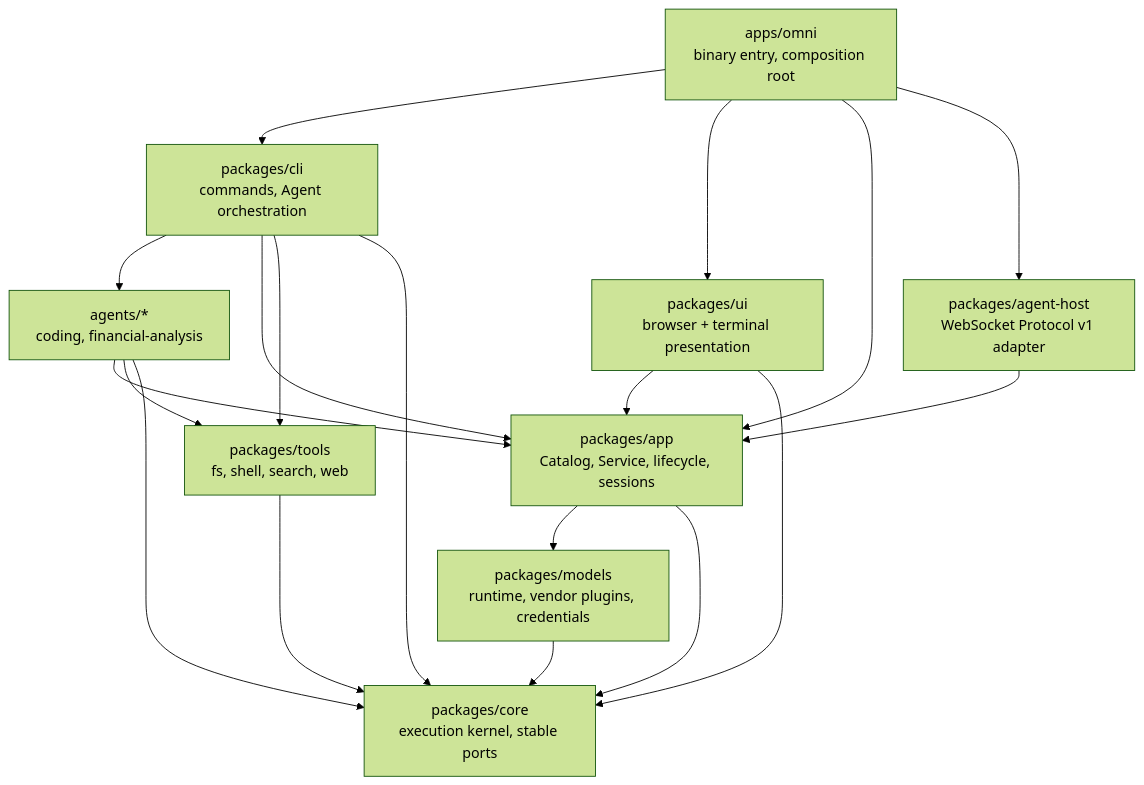
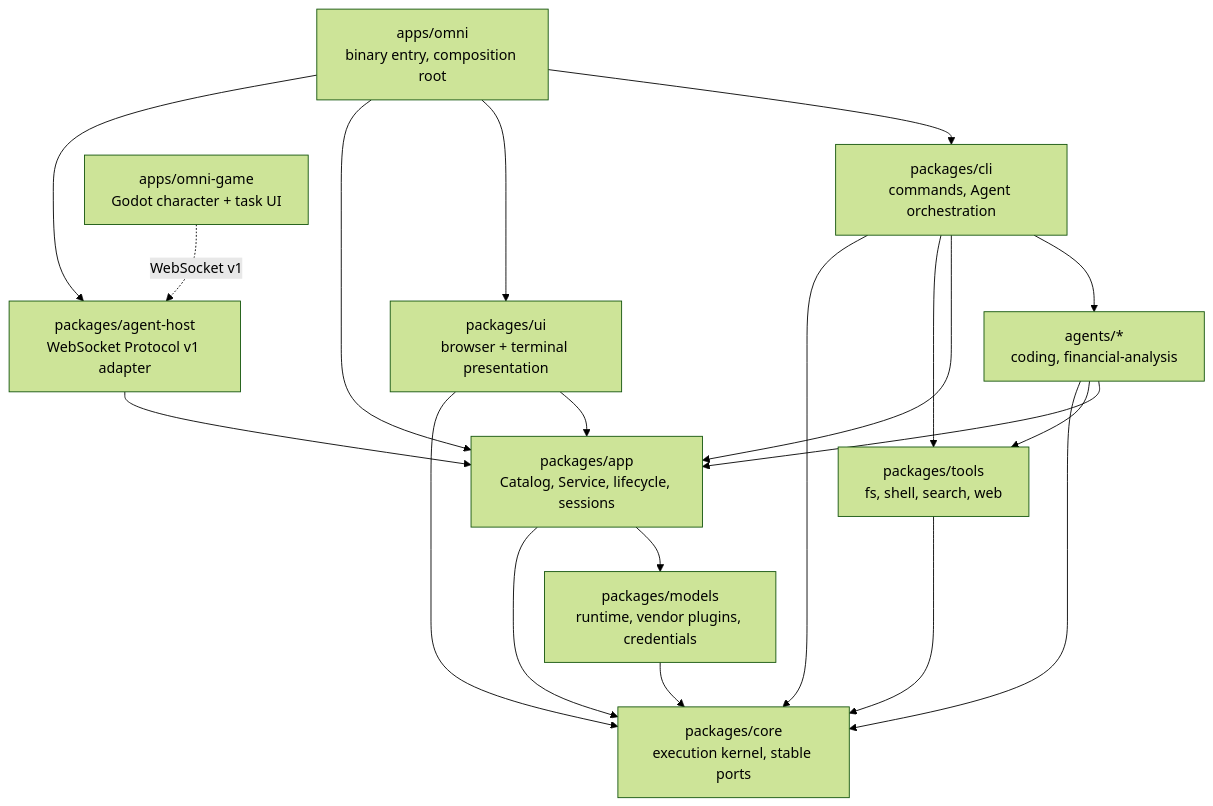
One commit to xdnloveme/omni-agent changed the diagram in README.md. Above: the diagram before and after it, drawn with Mermaid (forest theme). The commit also changed other lines of this file and 45 other files, not shown here.

Commit message:
feat(game): add Godot agent client graybox

````diff
--- a/README.md
+++ b/README.md
@@ -565,31 +570,33 @@
 ```mermaid
 graph TD
     HOST["apps/omni<br/>binary entry, composition root"]
     CLI["packages/cli<br/>commands, Agent orchestration"]
     AGENTS["agents/*<br/>coding, financial-analysis"]
     APP["packages/app<br/>Catalog, Service, lifecycle, sessions"]
     AGENT_HOST["packages/agent-host<br/>WebSocket Protocol v1 adapter"]
+    GAME["apps/omni-game<br/>Godot character + task UI"]
     MODELS["packages/models<br/>runtime, vendor plugins, credentials"]
     TOOLS["packages/tools<br/>fs, shell, search, web"]
     UI["packages/ui<br/>browser + terminal presentation"]
     CORE["packages/core<br/>execution kernel, stable ports"]
 
     HOST --> CLI
     HOST --> UI
     HOST --> APP
     HOST --> AGENT_HOST
     AGENT_HOST --> APP
+    GAME -. "WebSocket v1" .-> AGENT_HOST
     CLI --> AGENTS
     CLI --> APP
     CLI --> TOOLS
     CLI --> CORE
     AGENTS --> APP
     AGENTS --> TOOLS
     UI --> APP
     UI --> CORE
     AGENTS --> CORE
     APP --> MODELS
     APP --> CORE
     MODELS --> CORE
     TOOLS --> CORE
 ```
````
